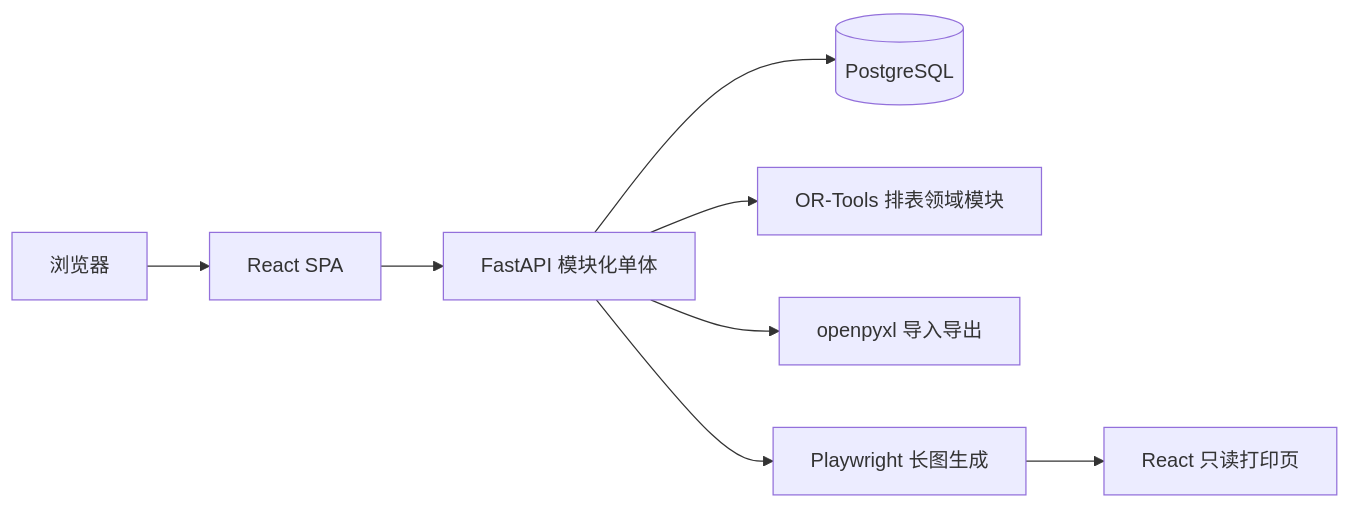
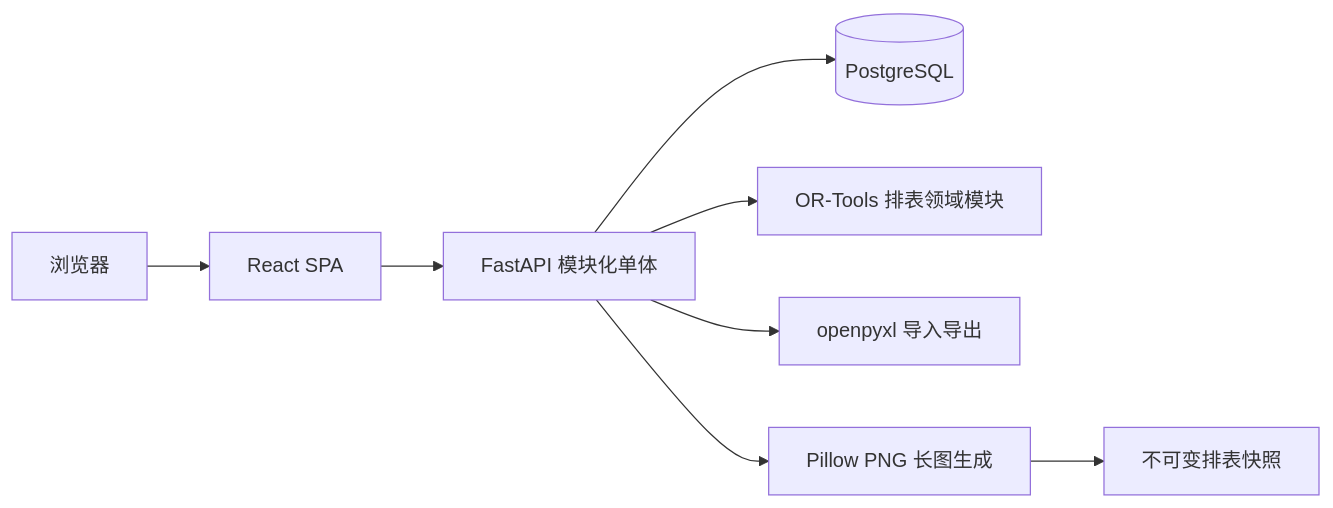
The first of 4 diagrams in docs/technical-design.md (haonange1314/dnf-leader-tool), drawn with Mermaid before and after one commit. The commit also changed other lines of this file and 15 other files, not shown here.

````diff
--- a/docs/technical-design.md
+++ b/docs/technical-design.md
@@ -56,10 +56,10 @@
 ```mermaid
 flowchart LR
     Browser["浏览器"] --> Web["React SPA"]
     Web --> API["FastAPI 模块化单体"]
     API --> DB[("PostgreSQL")]
     API --> Solver["OR-Tools 排表领域模块"]
     API --> Excel["openpyxl 导入导出"]
-    API --> Exporter["Playwright 长图生成"]
-    Exporter --> PrintPage["React 只读打印页"]
+    API --> Exporter["Pillow PNG 长图生成"]
+    Exporter --> Snapshot["不可变排表快照"]
 ```
````
